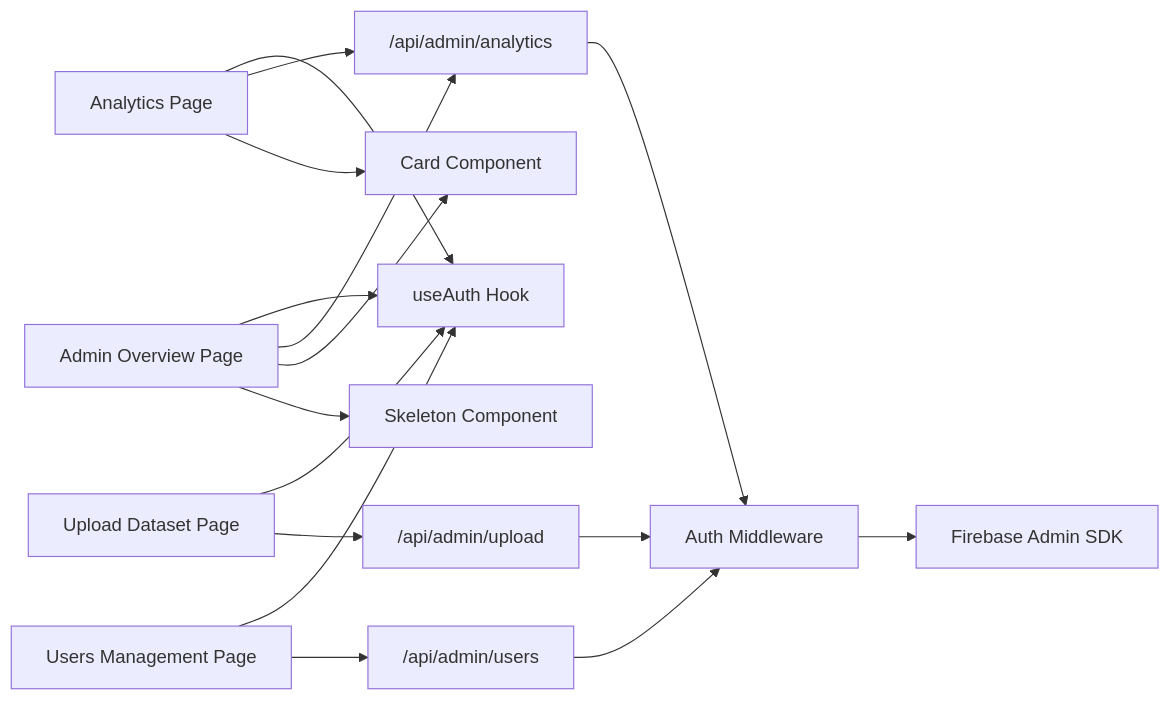
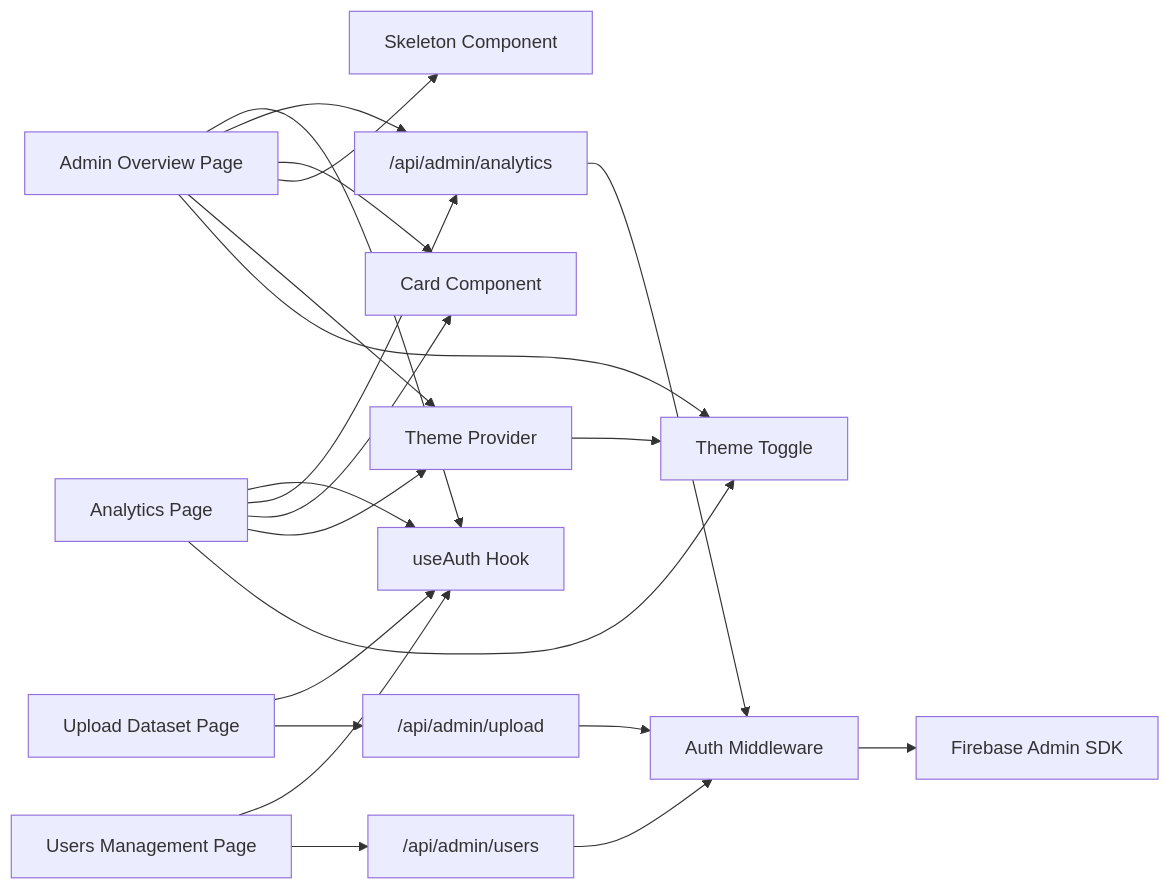
One commit to alikizang/datafrica changed the sixth of 6 diagrams in .qoder/repowiki/en/content/Admin Panel/Admin Dashboard Overview.md. Above: the diagram before and after it, drawn with Mermaid. The commit also changed other lines of this file and 21 other files, not shown here.

````diff
--- a/.qoder/repowiki/en/content/Admin Panel/Admin Dashboard Overview.md
+++ b/.qoder/repowiki/en/content/Admin Panel/Admin Dashboard Overview.md
@@ -344,18 +462,23 @@
 ```mermaid
 graph LR
 AdminPage["Admin Overview Page"] --> useAuth["useAuth Hook"]
 AdminPage --> APIAnalytics["/api/admin/analytics"]
 AdminPage --> CardComp["Card Component"]
 AdminPage --> SkeletonComp["Skeleton Component"]
+AdminPage --> ThemeProvider["Theme Provider"]
+AdminPage --> ThemeToggle["Theme Toggle"]
 AnalyticsPage["Analytics Page"] --> useAuth
 AnalyticsPage --> APIAnalytics
 AnalyticsPage --> CardComp
+AnalyticsPage --> ThemeProvider
+AnalyticsPage --> ThemeToggle
 UploadPage["Upload Dataset Page"] --> useAuth
 UploadPage --> APIUpload["/api/admin/upload"]
 UsersPage["Users Management Page"] --> useAuth
 UsersPage --> APIUsers["/api/admin/users"]
+ThemeProvider --> ThemeToggle
 APIAnalytics --> AuthMiddleware["Auth Middleware"]
 APIUpload --> AuthMiddleware
 APIUsers --> AuthMiddleware
 AuthMiddleware --> FirebaseAdmin["Firebase Admin SDK"]
 ```
````
